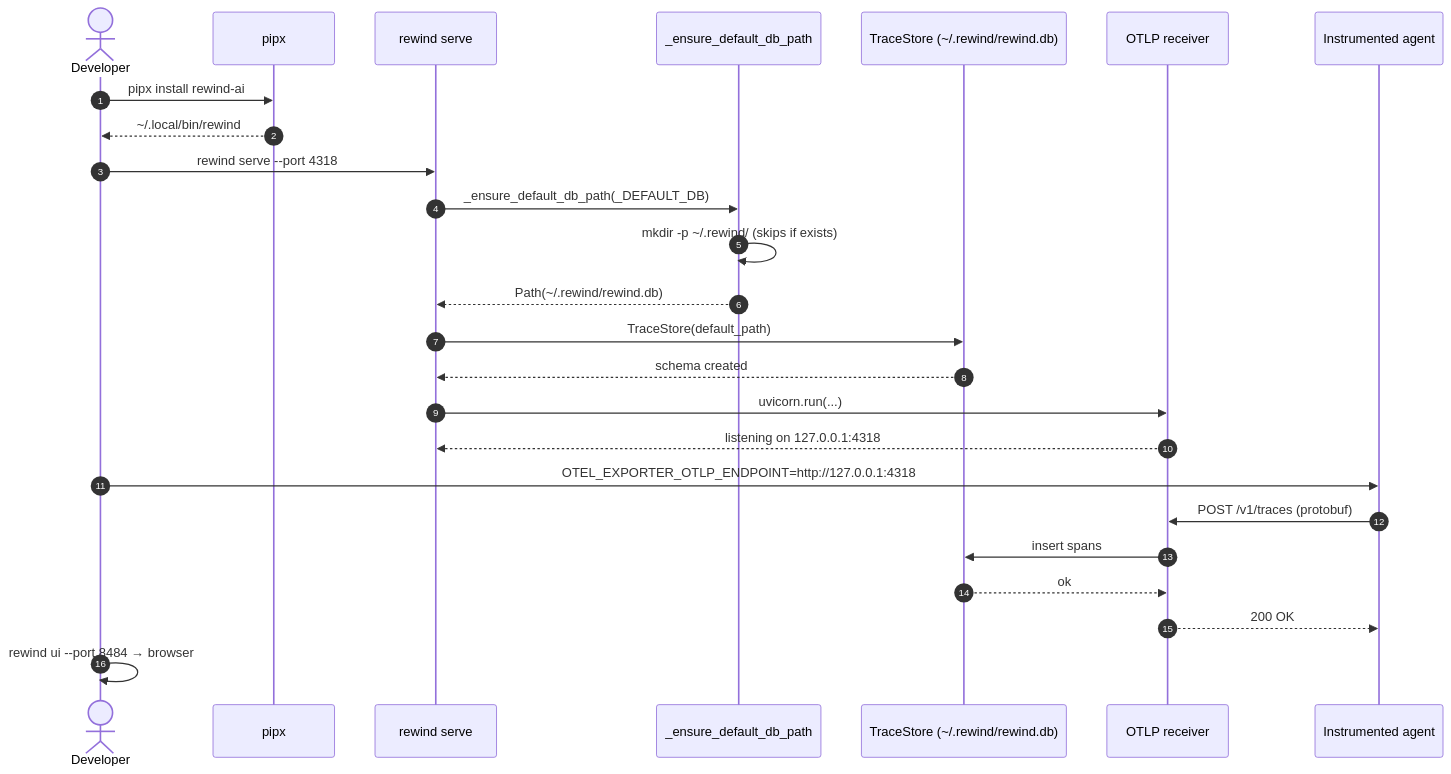
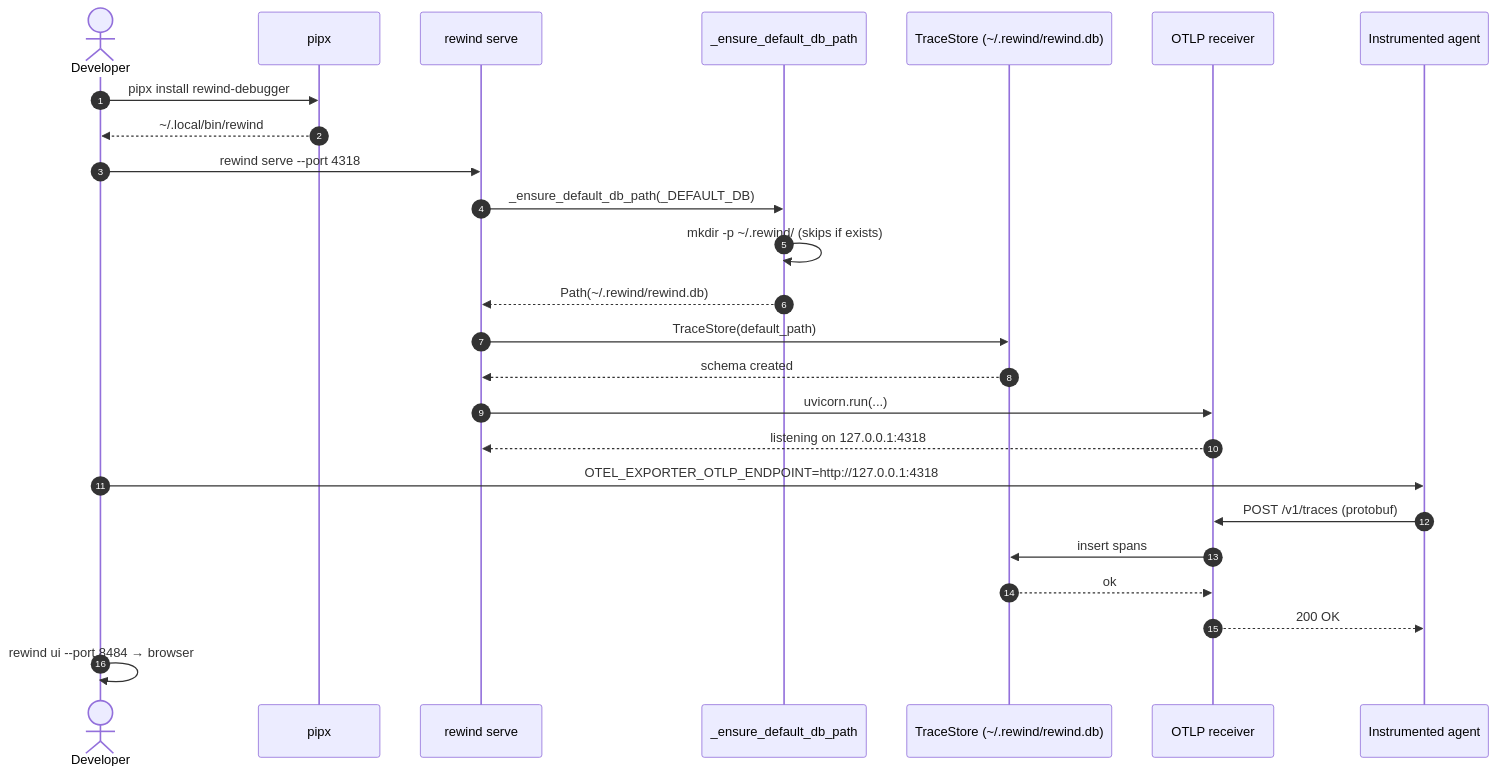
One commit to akshay-mp/Rewind changed the second of 4 diagrams in docs/phases/phase-8.md. Above: the diagram before and after it, drawn with Mermaid. The commit also changed other lines of this file and 35 other files, not shown here.

````diff
--- a/docs/phases/phase-8.md
+++ b/docs/phases/phase-8.md
@@ -166,27 +166,27 @@
 ```mermaid
 sequenceDiagram
     autonumber
     actor U as Developer
     participant Pipx as pipx
     participant CLI as rewind serve
     participant Ensure as _ensure_default_db_path
     participant Store as TraceStore (~/.rewind/rewind.db)
     participant Recv as OTLP receiver
     participant Agent as Instrumented agent
-    U->>Pipx: pipx install rewind-ai
+    U->>Pipx: pipx install rewind-debugger
     Pipx-->>U: ~/.local/bin/rewind
     U->>CLI: rewind serve --port 4318
     CLI->>Ensure: _ensure_default_db_path(_DEFAULT_DB)
     Ensure->>Ensure: mkdir -p ~/.rewind/ (skips if exists)
     Ensure-->>CLI: Path(~/.rewind/rewind.db)
     CLI->>Store: TraceStore(default_path)
     Store-->>CLI: schema created
     CLI->>Recv: uvicorn.run(...)
     Recv-->>CLI: listening on 127.0.0.1:4318
     U->>Agent: OTEL_EXPORTER_OTLP_ENDPOINT=http://127.0.0.1:4318
     Agent->>Recv: POST /v1/traces (protobuf)
     Recv->>Store: insert spans
     Store-->>Recv: ok
     Recv-->>Agent: 200 OK
     U->>U: rewind ui --port 8484 → browser
 ```
````
